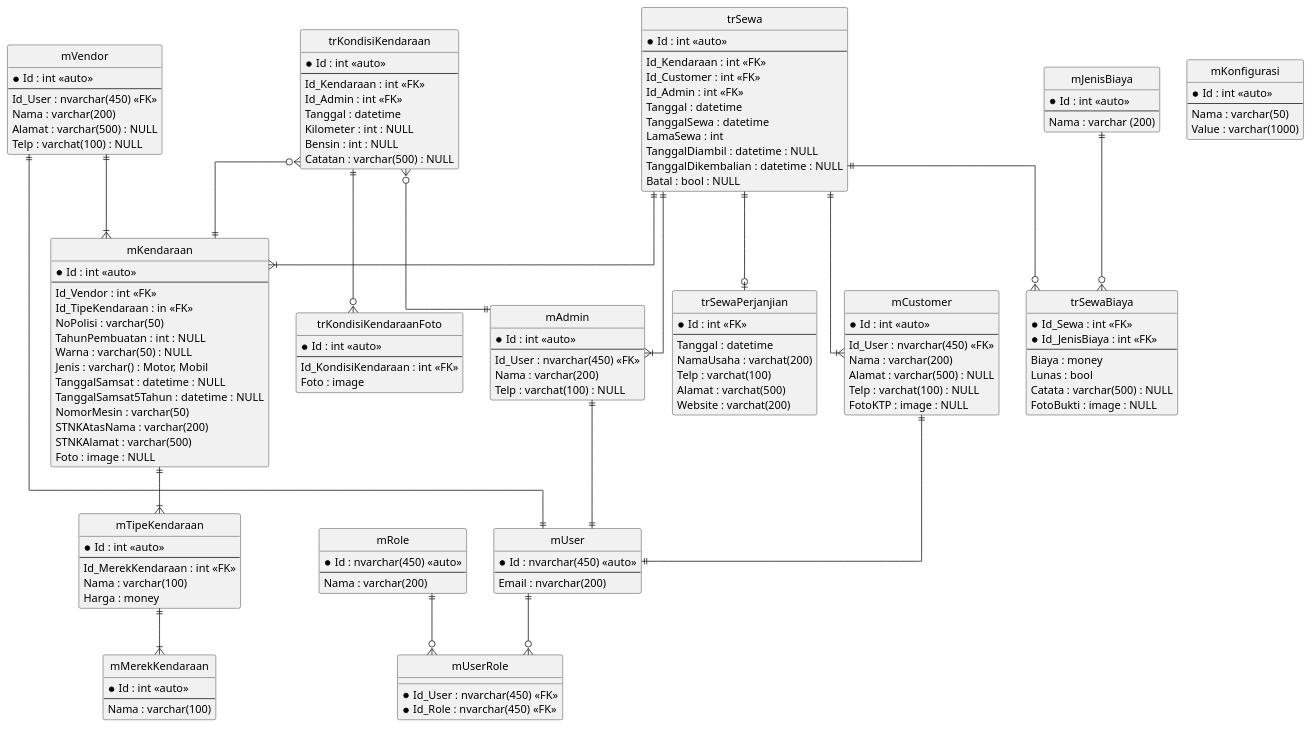
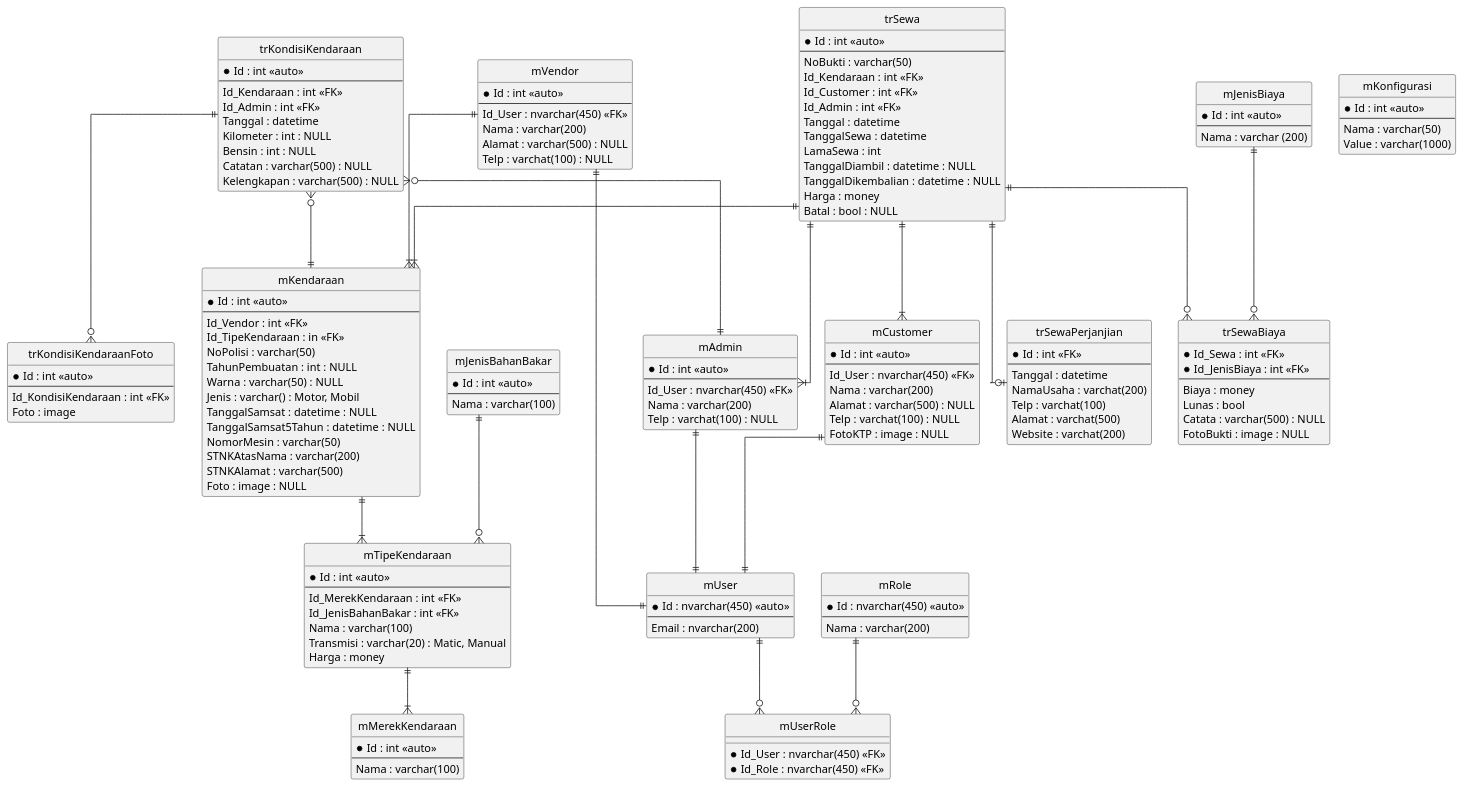
Before and after one commit to debayus/rentcar: the diagram in diagram/8. erd.pu, drawn with PlantUML. The commit also changed 1 other file, not shown here.

```diff
--- a/diagram/8. erd.pu
+++ b/diagram/8. erd.pu
@@ -1,167 +1,179 @@
 @startuml erd
 
 hide circle
 skinparam linetype ortho
 
 entity "mUser" as mUser {
     *Id : nvarchar(450) <<auto>>
     --
     Email : nvarchar(200)
 }
 
 entity "mRole" as mRole {
     *Id : nvarchar(450) <<auto>>
     --
     Nama : varchar(200)
 }
 
 entity "mUserRole" as mUserRole {
     *Id_User : nvarchar(450) <<FK>>
     *Id_Role : nvarchar(450) <<FK>>
 }
 
 entity "mVendor" as mVendor {
     *Id : int <<auto>>
     --
     Id_User : nvarchar(450) <<FK>>
     Nama : varchar(200)
     Alamat : varchar(500) : NULL
     Telp : varchat(100) : NULL
 }
 
 entity "mAdmin" as mAdmin {
     *Id : int <<auto>>
     --
     Id_User : nvarchar(450) <<FK>>
     Nama : varchar(200)
     Telp : varchat(100) : NULL
 }
 
 entity "mCustomer" as mCustomer {
     *Id : int <<auto>>
     --
     Id_User : nvarchar(450) <<FK>>
     Nama : varchar(200)
     Alamat : varchar(500) : NULL
     Telp : varchat(100) : NULL
     FotoKTP : image : NULL
 }
 
 entity "mMerekKendaraan" as mMerekKendaraan {
     *Id : int <<auto>>
     --
     Nama : varchar(100)
 }
 
+entity "mJenisBahanBakar" as mJenisBahanBakar {
+    *Id : int <<auto>>
+    --
+    Nama : varchar(100)
+}
+
 entity "mTipeKendaraan" as mTipeKendaraan {
     *Id : int <<auto>>
     --
     Id_MerekKendaraan : int <<FK>>
+    Id_JenisBahanBakar : int <<FK>>
     Nama : varchar(100)
+    Transmisi : varchar(20) : Matic, Manual
     Harga : money
 }
 
 entity "mKendaraan" as mKendaraan {
     *Id : int <<auto>>
     --
     Id_Vendor : int <<FK>>
     Id_TipeKendaraan : in <<FK>> 
     NoPolisi : varchar(50)
     TahunPembuatan : int : NULL
     Warna : varchar(50) : NULL
     Jenis : varchar() : Motor, Mobil
     TanggalSamsat : datetime : NULL
     TanggalSamsat5Tahun : datetime : NULL
     NomorMesin : varchar(50)
     STNKAtasNama : varchar(200)
     STNKAlamat : varchar(500)
     Foto : image : NULL
 }
 
 entity "trKondisiKendaraan" as trKondisiKendaraan {
     *Id : int <<auto>>
     --
     Id_Kendaraan : int <<FK>>
     Id_Admin : int <<FK>>
     Tanggal : datetime
     Kilometer : int : NULL
     Bensin : int : NULL
     Catatan : varchar(500) : NULL
+    Kelengkapan : varchar(500) : NULL
 }
 
 entity "trKondisiKendaraanFoto" as trKondisiKendaraanFoto {
     *Id : int <<auto>>
     --
     Id_KondisiKendaraan : int <<FK>>
     Foto : image
 }
 
 entity "trSewa" as trSewa {
     *Id : int <<auto>>
     --
+    NoBukti : varchar(50)
     Id_Kendaraan : int <<FK>>
     Id_Customer : int <<FK>>
     Id_Admin : int <<FK>>
     Tanggal : datetime
     TanggalSewa : datetime
     LamaSewa : int
     TanggalDiambil : datetime : NULL
     TanggalDikembalian : datetime : NULL
+    Harga : money
     Batal : bool : NULL
 }
 
 entity "trSewaPerjanjian" as trSewaPerjanjian {
     *Id : int <<FK>>
     --
     Tanggal : datetime
     NamaUsaha : varchat(200)
     Telp : varchat(100)
     Alamat : varchat(500)
     Website : varchat(200)
 }
 
 entity "trSewaBiaya" as trSewaBiaya {
     *Id_Sewa : int <<FK>>
     *Id_JenisBiaya : int <<FK>>
     --
     Biaya : money
     Lunas : bool
     Catata : varchar(500) : NULL
     FotoBukti : image : NULL
 }
 
 entity "mJenisBiaya" as mJenisBiaya {
     *Id : int <<auto>>
     --
     Nama : varchar (200)
 }
 
 entity "mKonfigurasi" as mKonfigurasi {
     *Id : int <<auto>>
     --
     Nama : varchar(50)
     Value : varchar(1000)
 }
 
 mUser ||--o{ mUserRole
 mRole ||--o{ mUserRole
 mVendor ||--|| mUser
 mAdmin ||--|| mUser
 mCustomer ||--|| mUser
 mVendor ||--|{ mKendaraan
 
 trKondisiKendaraan }o--|| mKendaraan
 trKondisiKendaraan }o--|| mAdmin
 trKondisiKendaraan ||--o{ trKondisiKendaraanFoto
 
 trSewa ||--|{ mKendaraan
 trSewa ||--|{ mCustomer
 trSewa ||--|{ mAdmin
 trSewa ||--o| trSewaPerjanjian
 trSewa ||--o{ trSewaBiaya
 mJenisBiaya ||--o{ trSewaBiaya
+mJenisBahanBakar ||--o{ mTipeKendaraan
 
 mKendaraan ||--|{ mTipeKendaraan
 mTipeKendaraan ||--|{ mMerekKendaraan
 
 @enduml
```
